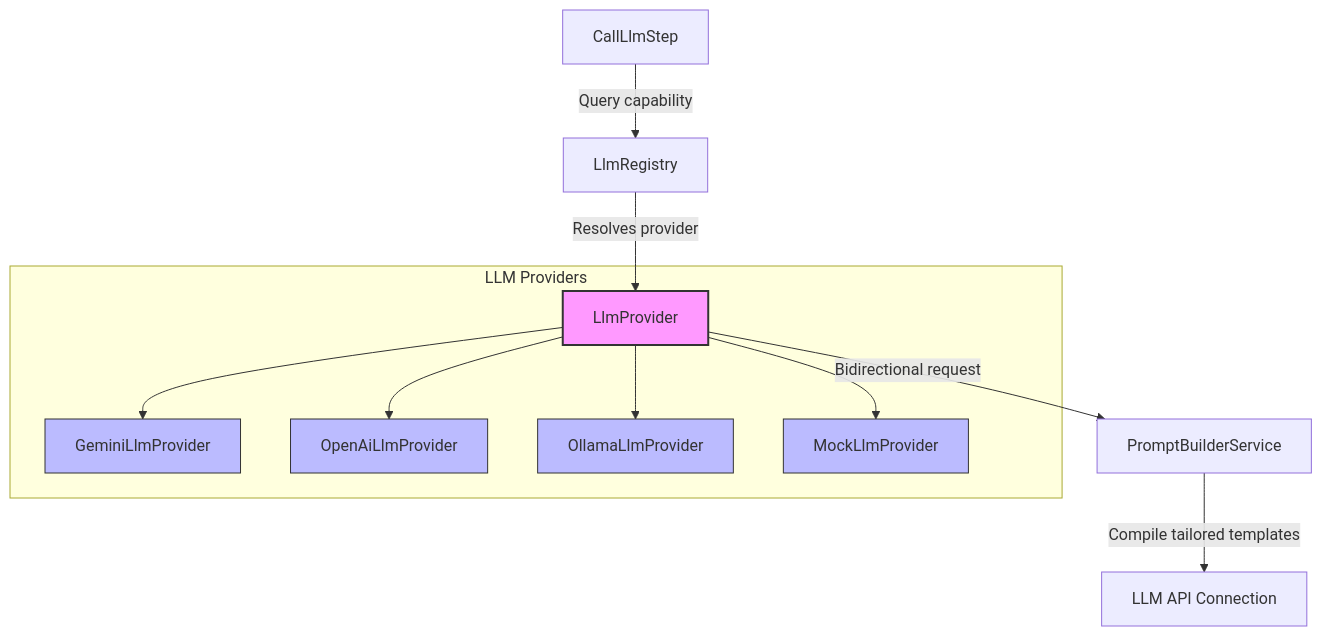
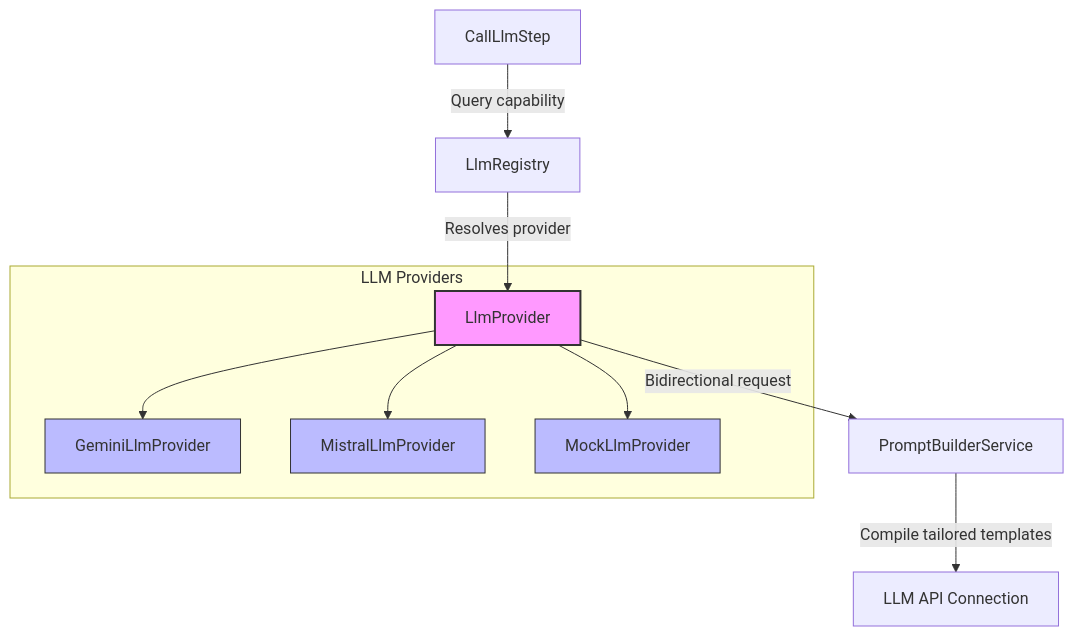
One commit to Xceptance/neodymium changed the ninth of 10 diagrams in doc/redesign-v2/architecture.md. Above: the diagram before and after it, drawn with Mermaid. The commit also changed other lines of this file, not shown here.

Commit message:
docs: align architecture spec with user feedback on recovery and sanitization

````diff
--- a/doc/redesign-v2/architecture.md
+++ b/doc/redesign-v2/architecture.md
@@ -983,18 +1196,17 @@
 ```mermaid
 graph TD
     classDef interface fill:#f9f,stroke:#333,stroke-width:2px;
     classDef concrete fill:#bbf,stroke:#333,stroke-width:1px;
 
     Runner[CallLlmStep] -->|Query capability| Registry[LlmRegistry]
     Registry -->|Resolves provider| Provider[LlmProvider]:::interface
     
     subgraph LLM Providers
         Provider --> Gemini[GeminiLlmProvider]:::concrete
-        Provider --> OpenAI[OpenAiLlmProvider]:::concrete
-        Provider --> Ollama[OllamaLlmProvider]:::concrete
+        Provider --> Mistral[MistralLlmProvider]:::concrete
         Provider --> MockLlm[MockLlmProvider]:::concrete
     end
 
     Provider -->|Bidirectional request| PromptService[PromptBuilderService]
     PromptService -->|Compile tailored templates| LLMCall[LLM API Connection]
 ```
````
